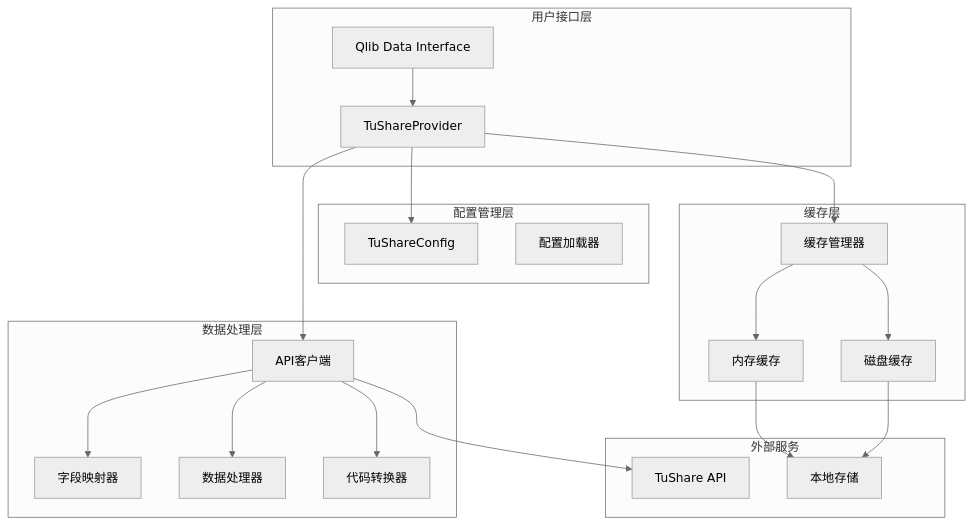
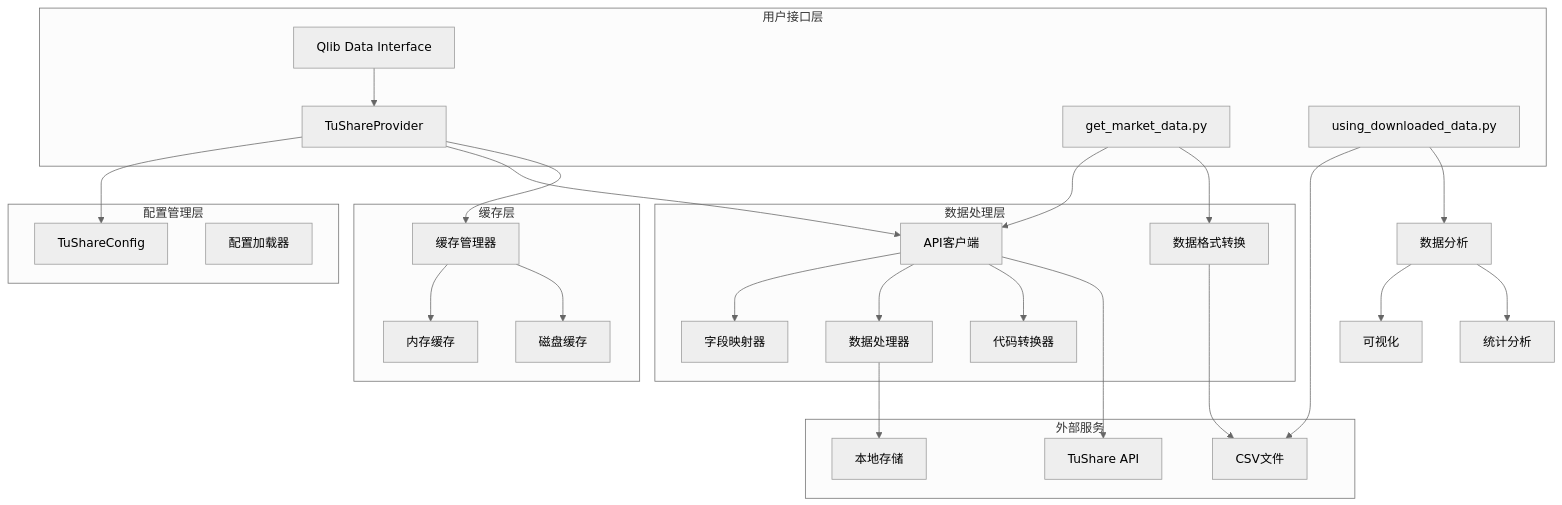
One commit to afanty2021/qlib changed the first of 7 diagrams in .qoder/repowiki/zh/content/数据模块/Tushare Data Integration.md. Above: the diagram before and after it, drawn with Mermaid (neutral theme). The commit also changed other lines of this file and 3 other files, not shown here.

````diff
--- a/.qoder/repowiki/zh/content/数据模块/Tushare Data Integration.md
+++ b/.qoder/repowiki/zh/content/数据模块/Tushare Data Integration.md
@@ -48,38 +59,48 @@
 ```mermaid
 graph TB
 subgraph "用户接口层"
 A[Qlib Data Interface]
 B[TuShareProvider]
+C[get_market_data.py]
+D[using_downloaded_data.py]
 end
 subgraph "配置管理层"
-C[TuShareConfig]
-D[配置加载器]
+E[TuShareConfig]
+F[配置加载器]
 end
 subgraph "数据处理层"
-E[API客户端]
-F[字段映射器]
-G[数据处理器]
-H[代码转换器]
+G[API客户端]
+H[字段映射器]
+I[数据处理器]
+J[代码转换器]
+K[数据格式转换]
 end
 subgraph "缓存层"
-I[内存缓存]
-J[磁盘缓存]
-K[缓存管理器]
+L[内存缓存]
+M[磁盘缓存]
+N[缓存管理器]
 end
 subgraph "外部服务"
-L[TuShare API]
-M[本地存储]
+O[TuShare API]
+P[本地存储]
+Q[CSV文件]
 end
 A --> B
-B --> C
 B --> E
-B --> K
-E --> F
-E --> G
-E --> H
-K --> I
-K --> J
-E --> L
-I --> M
-J --> M
+B --> G
+B --> N
+C --> G
+C --> K
+D --> Q
+D --> R[数据分析]
+G --> H
+G --> I
+G --> J
+N --> L
+N --> M
+G --> O
+I --> P
+K --> Q
+R --> S[可视化]
+R --> T[统计分析]
 ```
````
